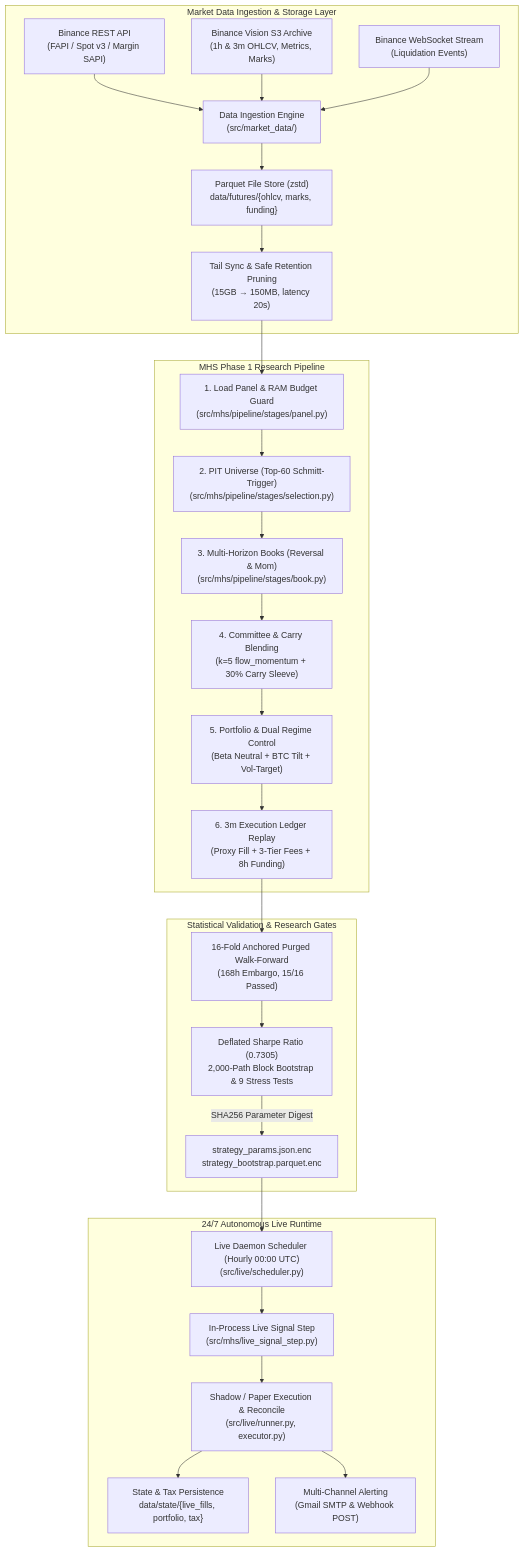
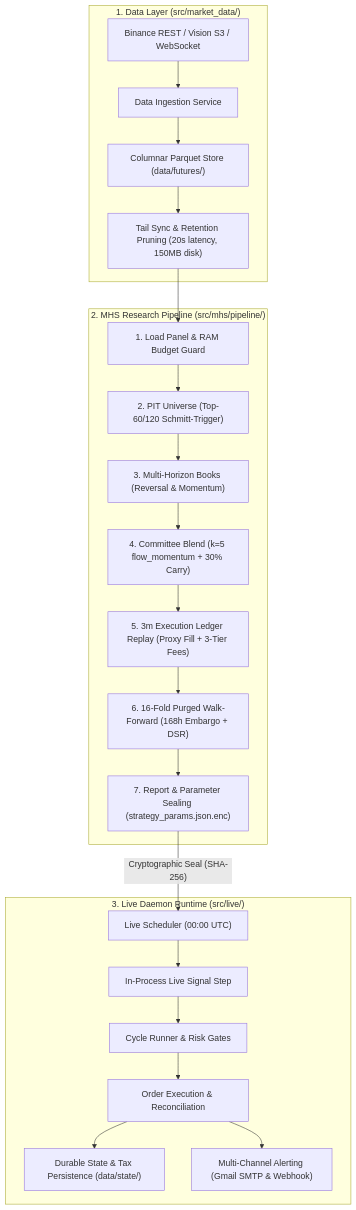
The diagram in README.md (KTHYEONG/crypto-pilot), drawn with Mermaid before and after one commit. The commit also changed other lines of this file and 5 other files, not shown here.

````diff
--- a/README.md
+++ b/README.md
@@ -75,33 +69,27 @@
 ```mermaid
 flowchart TD
-    subgraph MarketData ["Market Data Ingestion & Storage Layer"]
-        DS1["Binance REST API<br/>(FAPI / Spot v3 / Margin SAPI)"] --> DI["Data Ingestion Engine<br/>(src/market_data/)"]
-        DS2["Binance Vision S3 Archive<br/>(1h & 3m OHLCV, Metrics, Marks)"] --> DI
-        DS3["Binance WebSocket Stream<br/>(Liquidation Events)"] --> DI
-        DI --> FS["Parquet File Store (zstd)<br/>data/futures/{ohlcv, marks, funding}"]
-        FS --> PR["Tail Sync & Safe Retention Pruning<br/>(15GB → 150MB, latency 20s)"]
+    subgraph DataLayer ["1. Data Layer (src/market_data/)"]
+        DS["Binance REST / Vision S3 / WebSocket"] --> DI["Data Ingestion Service"]
+        DI --> FS["Columnar Parquet Store (data/futures/)"]
+        FS --> PR["Tail Sync & Retention Pruning (20s latency, 150MB disk)"]
     end
 
-    subgraph ResearchPipeline ["MHS Phase 1 Research Pipeline"]
-        PR --> S1["1. Load Panel & RAM Budget Guard<br/>(src/mhs/pipeline/stages/panel.py)"]
-        S1 --> S2["2. PIT Universe (Top-60 Schmitt-Trigger)<br/>(src/mhs/pipeline/stages/selection.py)"]
-        S2 --> S3["3. Multi-Horizon Books (Reversal & Mom)<br/>(src/mhs/pipeline/stages/book.py)"]
-        S3 --> S4["4. Committee & Carry Blending<br/>(k=5 flow_momentum + 30% Carry Sleeve)"]
-        S4 --> S5["5. Portfolio & Dual Regime Control<br/>(Beta Neutral + BTC Tilt + Vol-Target)"]
-        S5 --> S6["6. 3m Execution Ledger Replay<br/>(Proxy Fill + 3-Tier Fees + 8h Funding)"]
+    subgraph ResearchPipeline ["2. MHS Research Pipeline (src/mhs/pipeline/)"]
+        PR --> S1["1. Load Panel & RAM Budget Guard"]
+        S1 --> S2["2. PIT Universe (Top-60/120 Schmitt-Trigger)"]
+        S2 --> S3["3. Multi-Horizon Books (Reversal & Momentum)"]
+        S3 --> S4["4. Committee Blend (k=5 flow_momentum + 30% Carry)"]
+        S4 --> S5["5. 3m Execution Ledger Replay (Proxy Fill + 3-Tier Fees)"]
+        S5 --> S6["6. 16-Fold Purged Walk-Forward (168h Embargo + DSR)"]
+        S6 --> S7["7. Report & Parameter Sealing (strategy_params.json.enc)"]
     end
 
-    subgraph ValidationEngine ["Statistical Validation & Research Gates"]
-        S6 --> V1["16-Fold Anchored Purged Walk-Forward<br/>(168h Embargo, 15/16 Passed)"]
-        V1 --> V2["Deflated Sharpe Ratio (0.7305)<br/>2,000-Path Block Bootstrap & 9 Stress Tests"]
-        V2 -->|"SHA256 Parameter Digest"| SE["strategy_params.json.enc<br/>strategy_bootstrap.parquet.enc"]
-    end
-
-    subgraph LiveDaemon ["24/7 Autonomous Live Runtime"]
-        SE --> LD["Live Daemon Scheduler (Hourly 00:00 UTC)<br/>(src/live/scheduler.py)"]
-        LD --> ST["In-Process Live Signal Step<br/>(src/mhs/live_signal_step.py)"]
-        ST --> EX["Shadow / Paper Execution & Reconcile<br/>(src/live/runner.py, executor.py)"]
-        EX --> AR["State & Tax Persistence<br/>data/state/{live_fills, portfolio, tax}"]
-        EX --> AL["Multi-Channel Alerting<br/>(Gmail SMTP & Webhook POST)"]
+    subgraph LiveDaemon ["3. Live Daemon Runtime (src/live/)"]
+        S7 -->|"Cryptographic Seal (SHA-256)"| LD["Live Scheduler (00:00 UTC)"]
+        LD --> SS["In-Process Live Signal Step"]
+        SS --> SC["Cycle Runner & Risk Gates"]
+        SC --> EX["Order Execution & Reconciliation"]
+        EX --> ST["Durable State & Tax Persistence (data/state/)"]
+        EX --> AL["Multi-Channel Alerting (Gmail SMTP & Webhook)"]
     end
 ```
````
